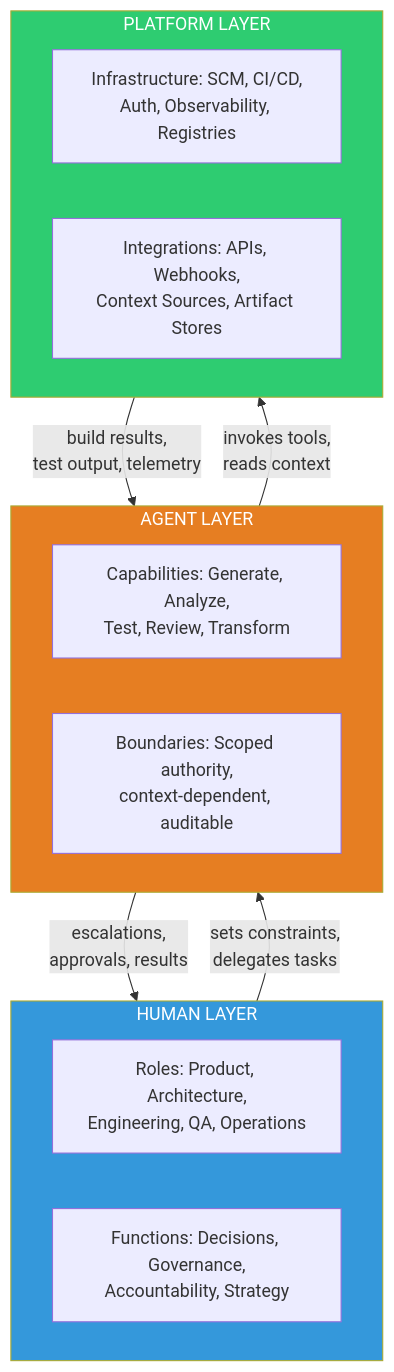
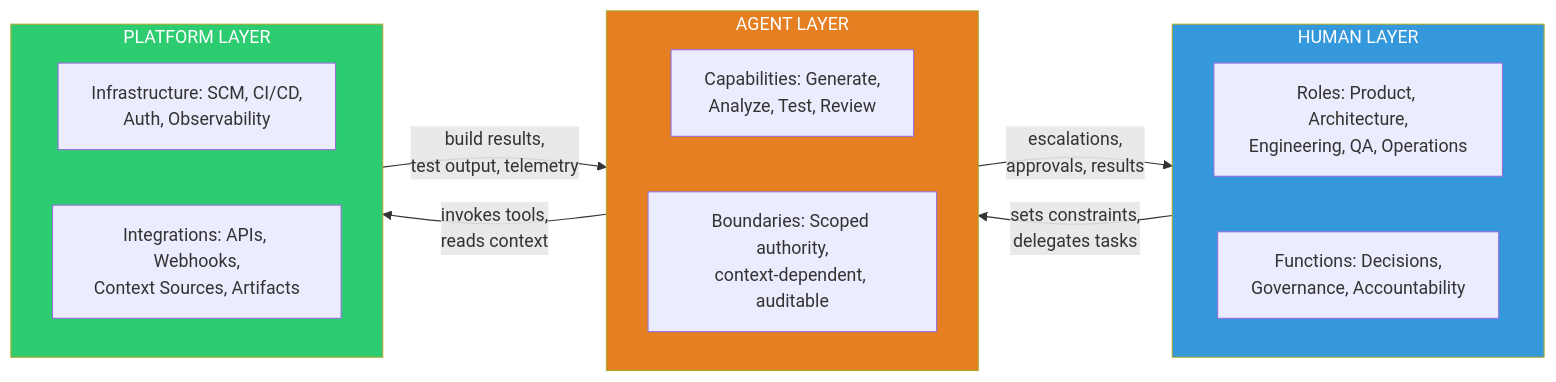
Before and after one commit to danielmeppiel/agentic-sdlc-handbook: the first of 2 diagrams in handbook/ch04-the-reference-architecture.qmd, drawn with Mermaid. The commit also changed other lines of this file and 16 other files, not shown here.

First line of the commit message:
fix: aggressive fig-width capping — RCA-driven mermaid rendering overhaul

````diff
--- a/handbook/ch04-the-reference-architecture.qmd
+++ b/handbook/ch04-the-reference-architecture.qmd
@@ -21,31 +21,30 @@
 ```{mermaid}
-%%| fig-width: 5.5
-%%| fig-height: 4
-flowchart TB
+%%| fig-width: 5.0
+flowchart LR
     subgraph HUMAN ["HUMAN LAYER"]
         direction LR
         HR["Roles: Product, Architecture,<br/>Engineering, QA, Operations"]
-        HF["Functions: Decisions, Governance,<br/>Accountability, Strategy"]
+        HF["Functions: Decisions,<br/>Governance, Accountability"]
     end
 
     subgraph AGENT ["AGENT LAYER"]
         direction LR
-        AC["Capabilities: Generate, Analyze,<br/>Test, Review, Transform"]
+        AC["Capabilities: Generate,<br/>Analyze, Test, Review"]
         AB["Boundaries: Scoped authority,<br/>context-dependent, auditable"]
     end
 
     subgraph PLATFORM ["PLATFORM LAYER"]
         direction LR
-        PI["Infrastructure: SCM, CI/CD,<br/>Auth, Observability, Registries"]
-        PN["Integrations: APIs, Webhooks,<br/>Context Sources, Artifact Stores"]
+        PI["Infrastructure: SCM, CI/CD,<br/>Auth, Observability"]
+        PN["Integrations: APIs, Webhooks,<br/>Context Sources, Artifacts"]
     end
 
     HUMAN -- "sets constraints,<br/>delegates tasks" --> AGENT
     AGENT -- "escalations,<br/>approvals, results" --> HUMAN
     AGENT -- "invokes tools,<br/>reads context" --> PLATFORM
     PLATFORM -- "build results,<br/>test output, telemetry" --> AGENT
 
     style HUMAN fill:#3498db,color:#fff
     style AGENT fill:#e67e22,color:#fff
     style PLATFORM fill:#2ecc71,color:#fff
 ```
````
